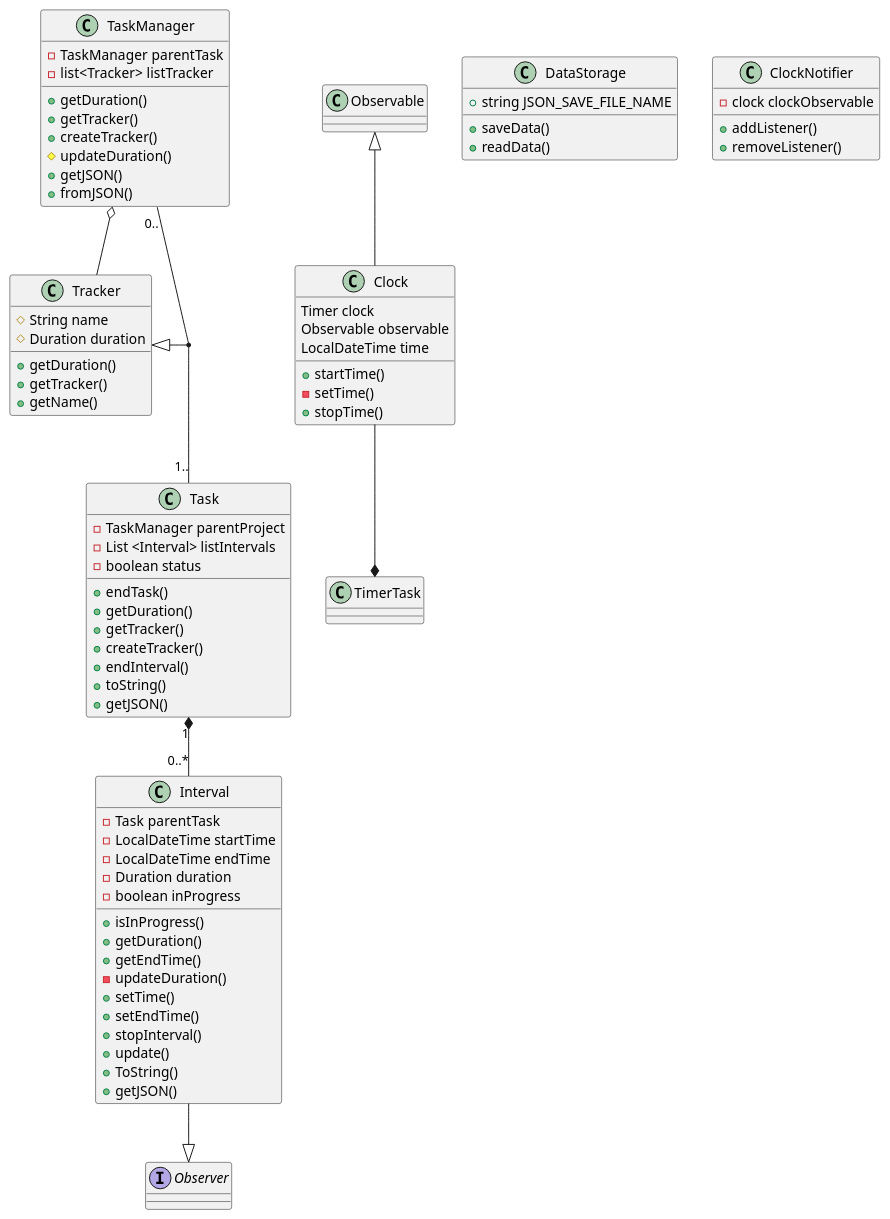
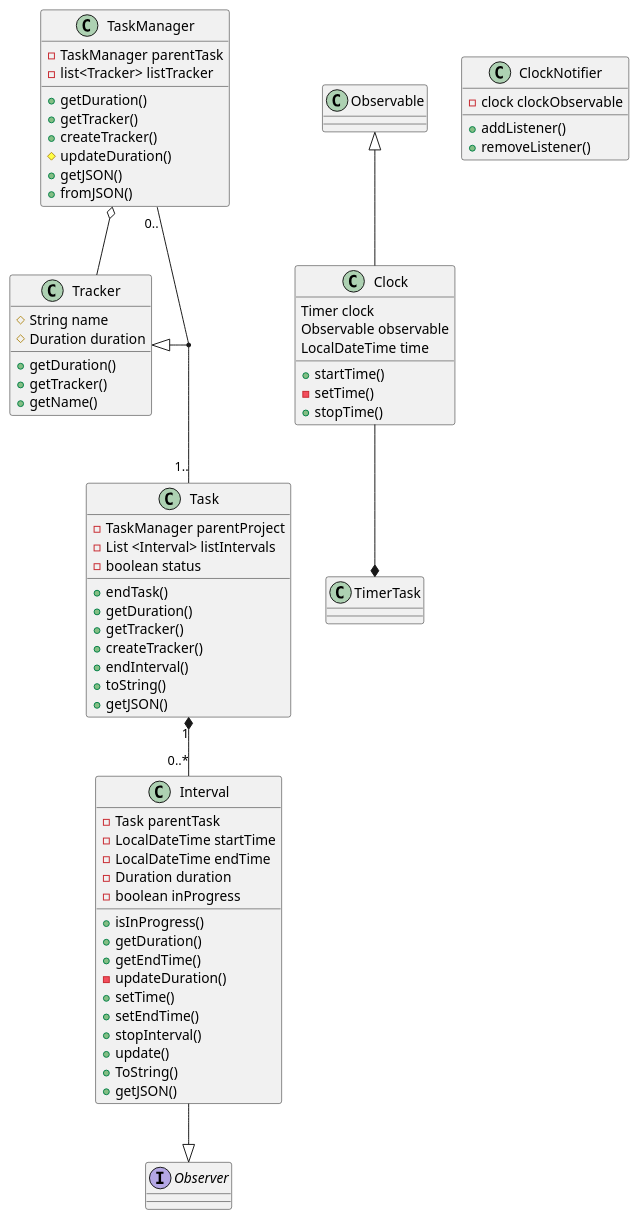
Before and after one commit to kumarbhupi/time_tracker: the diagram in src/main/java/time_tracker.puml, drawn with PlantUML. The commit also changed 9 other files, not shown here.

```diff
--- a/src/main/java/time_tracker.puml
+++ b/src/main/java/time_tracker.puml
@@ -1,87 +1,82 @@
 @startuml
 class Tracker{
 #String name
 #Duration duration
 +getDuration()
 +getTracker()
 +getName()
 }
 
 class TaskManager{
 -TaskManager parentTask
 -list<Tracker> listTracker
 +getDuration()
 +getTracker()
 +createTracker()
 #updateDuration()
 +getJSON()
 +fromJSON()
 }
 
 class Task{
 -TaskManager parentProject
 -List <Interval> listIntervals
 -boolean status
 +endTask()
 +getDuration()
 +getTracker()
 +createTracker()
 +endInterval()
 +toString()
 +getJSON()
 }
 
 class Interval{
 -Task parentTask
 -LocalDateTime startTime
 -LocalDateTime endTime
 -Duration duration
 -boolean inProgress
 +isInProgress()
 +getDuration()
 +getEndTime()
 -updateDuration()
 +setTime()
 +setEndTime()
 +stopInterval()
 +update()
 +ToString()
 +getJSON()
 }
 
 Interface Observer
 
 Class Observable
 
 class Clock{
 +startTime()
 -setTime()
 +stopTime()
 Timer clock
 Observable observable
 LocalDateTime time
 }
 
-class DataStorage{
-+string JSON_SAVE_FILE_NAME
-+saveData()
-+readData()
-}
 
 class ClockNotifier{
 -clock clockObservable
 +addListener()
 +removeListener()
 }
 
 TaskManager"0.." -- "1.." Task
 Tracker<|--(TaskManager, Task)
 Task"1"*--"0..*"Interval
 Interval--|>Observer
 TaskManager o--Tracker
 Observable <|-- Clock
 Clock --* TimerTask
 
 
 
 @enduml
```
